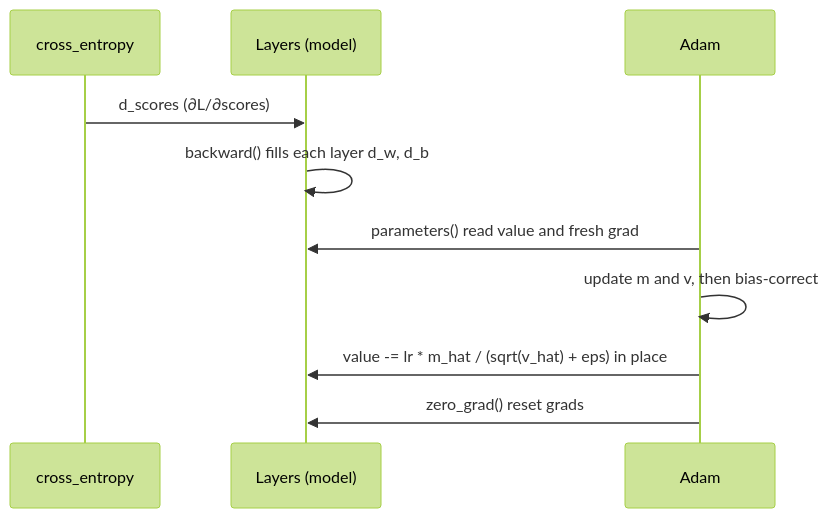
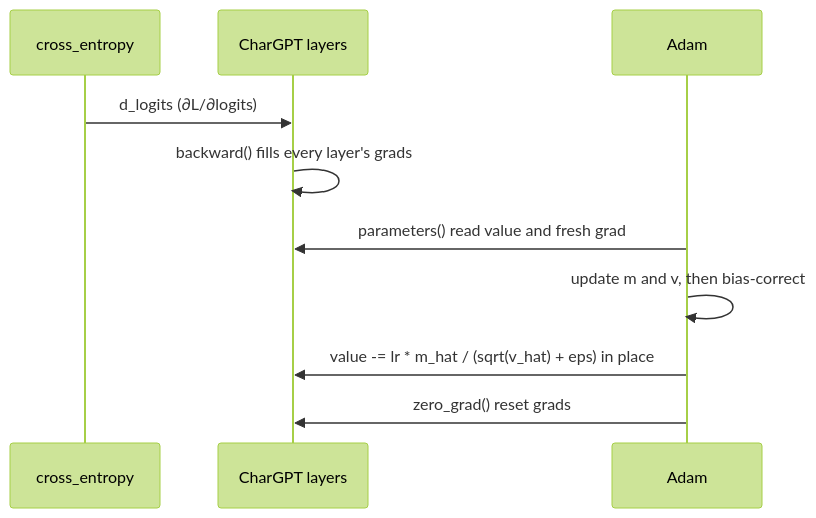
One commit to MustafaNatur/ML-coding-assignment changed the third of 3 diagrams in IMPLEMENTATION.md. Above: the diagram before and after it, drawn with Mermaid (forest theme). The commit also changed other lines of this file and 9 other files, not shown here.

First line of the commit message:
milestone-a: complete char-level GPT from scratch, trained on Tiny Shakespeare

````diff
--- a/IMPLEMENTATION.md
+++ b/IMPLEMENTATION.md
@@ -460,12 +336,12 @@
 ```mermaid
 sequenceDiagram
     participant CE as cross_entropy
-    participant M as Layers (model)
+    participant M as CharGPT layers
     participant A as Adam
-    CE->>M: d_scores (∂L/∂scores)
-    M->>M: backward() fills each layer d_w, d_b
+    CE->>M: d_logits (∂L/∂logits)
+    M->>M: backward() fills every layer's grads
     A->>M: parameters() read value and fresh grad
     A->>A: update m and v, then bias-correct
     A->>M: value -= lr * m_hat / (sqrt(v_hat) + eps) in place
     A->>M: zero_grad() reset grads
 ```
````
